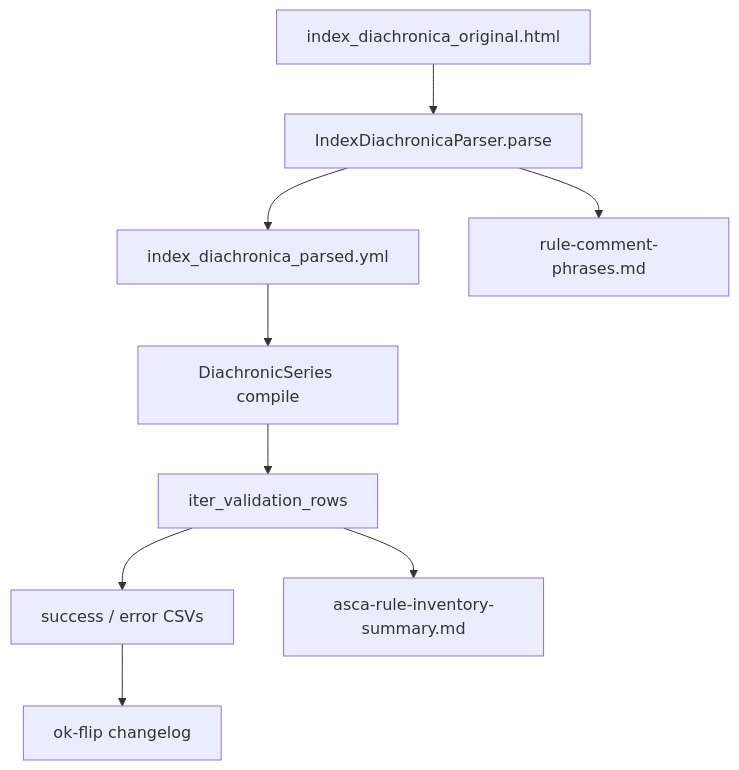
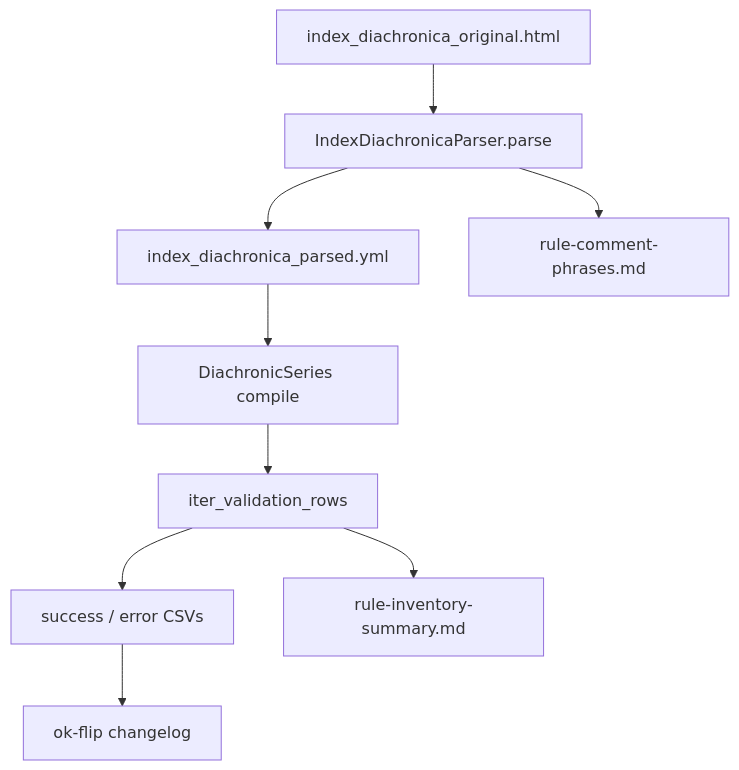
Before and after one commit to Pappa/conlanger: the diagram in docs/system/validate.md, drawn with Mermaid. The commit also changed other lines of this file and 310 other files, not shown here.

````diff
--- a/docs/system/validate.md
+++ b/docs/system/validate.md
@@ -24,19 +24,19 @@
 ```mermaid
 flowchart TD
   HTML[index_diachronica_original.html]
   Parse[IndexDiachronicaParser.parse]
   YAML[index_diachronica_parsed.yml]
   CommentSummary[rule-comment-phrases.md]
   Compile[DiachronicSeries compile]
   Inv[iter_validation_rows]
   Split[success / error CSVs]
   Changelog[ok-flip changelog]
-  Summary[asca-rule-inventory-summary.md]
+  Summary[rule-inventory-summary.md]
 
   HTML --> Parse --> YAML
   Parse --> CommentSummary
   YAML --> Compile --> Inv
   Inv --> Split
   Split --> Changelog
   Inv --> Summary
 ```
````
